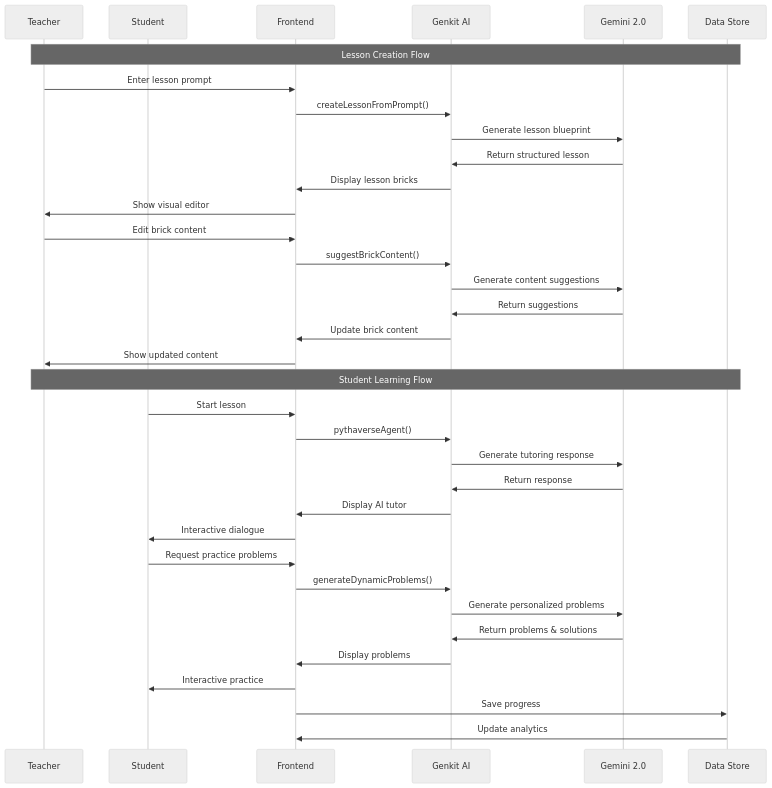
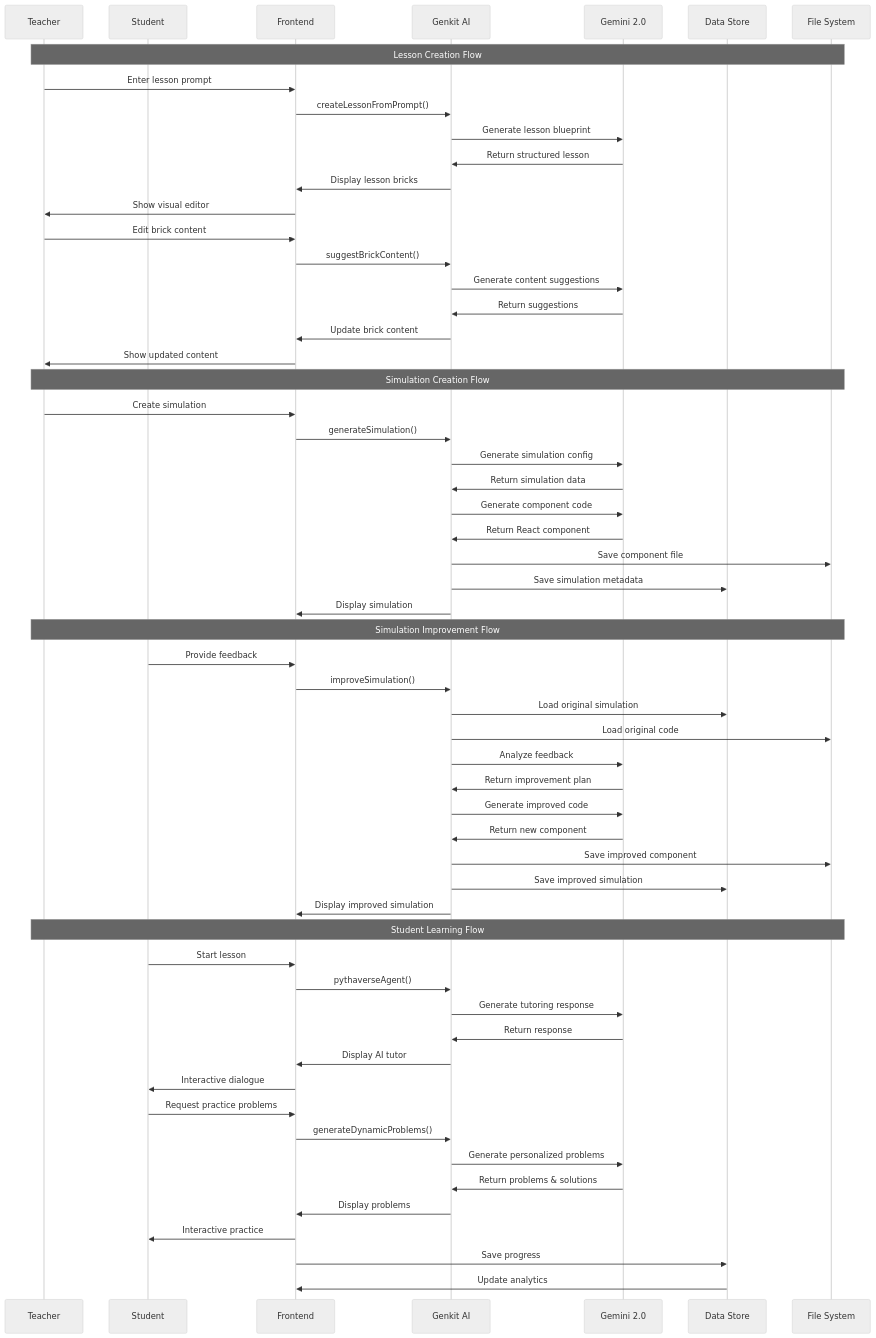
The third of 12 diagrams in Design.md (thetrungdtt/MathMind), drawn with Mermaid (neutral theme) before and after one commit. The commit also changed other lines of this file, not shown here.

````diff
--- a/Design.md
+++ b/Design.md
@@ -421,42 +604,67 @@
 ```mermaid
 sequenceDiagram
     participant T as Teacher
     participant S as Student
     participant UI as Frontend
     participant AI as Genkit AI
     participant GEM as Gemini 2.0
     participant DB as Data Store
+    participant FS as File System
     
-    Note over T,DB: Lesson Creation Flow
+    Note over T,FS: Lesson Creation Flow
     T->>UI: Enter lesson prompt
     UI->>AI: createLessonFromPrompt()
     AI->>GEM: Generate lesson blueprint
     GEM->>AI: Return structured lesson
     AI->>UI: Display lesson bricks
     UI->>T: Show visual editor
     
     T->>UI: Edit brick content
     UI->>AI: suggestBrickContent()
     AI->>GEM: Generate content suggestions
     GEM->>AI: Return suggestions
     AI->>UI: Update brick content
     UI->>T: Show updated content
     
-    Note over T,DB: Student Learning Flow
+    Note over T,FS: Simulation Creation Flow
+    T->>UI: Create simulation
+    UI->>AI: generateSimulation()
+    AI->>GEM: Generate simulation config
+    GEM->>AI: Return simulation data
+    AI->>GEM: Generate component code
+    GEM->>AI: Return React component
+    AI->>FS: Save component file
+    AI->>DB: Save simulation metadata
+    AI->>UI: Display simulation
+    
+    Note over T,FS: Simulation Improvement Flow
+    S->>UI: Provide feedback
+    UI->>AI: improveSimulation()
+    AI->>DB: Load original simulation
+    AI->>FS: Load original code
+    AI->>GEM: Analyze feedback
+    GEM->>AI: Return improvement plan
+    AI->>GEM: Generate improved code
+    GEM->>AI: Return new component
+    AI->>FS: Save improved component
+    AI->>DB: Save improved simulation
+    AI->>UI: Display improved simulation
+    
+    Note over T,FS: Student Learning Flow
     S->>UI: Start lesson
     UI->>AI: pythaverseAgent()
     AI->>GEM: Generate tutoring response
     GEM->>AI: Return response
     AI->>UI: Display AI tutor
     UI->>S: Interactive dialogue
     
     S->>UI: Request practice problems
     UI->>AI: generateDynamicProblems()
     AI->>GEM: Generate personalized problems
     GEM->>AI: Return problems & solutions
     AI->>UI: Display problems
     UI->>S: Interactive practice
     
     UI->>DB: Save progress
     DB->>UI: Update analytics
 ```
````
